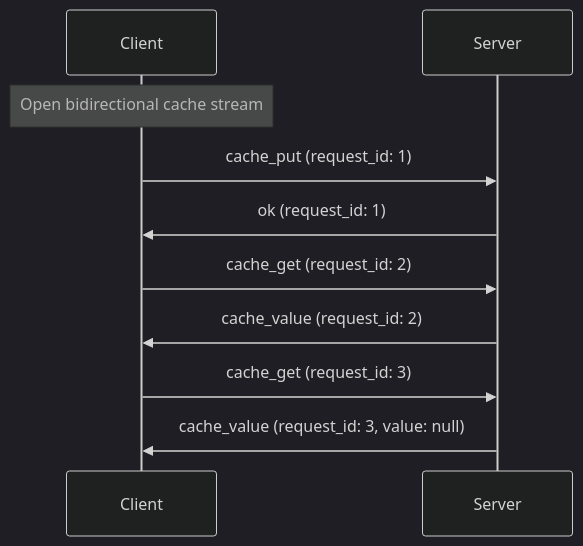
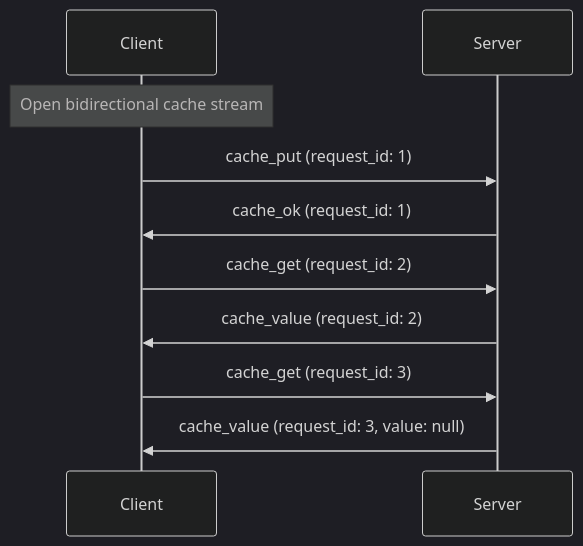
The fourth of 6 diagrams in docs-site/src/content/docs/architecture/wire-protocol.md (GetFelix/felix), drawn with Mermaid (dark theme) before and after one commit. The commit also changed other lines of this file and 3 other files, not shown here.

````diff
--- a/docs-site/src/content/docs/architecture/wire-protocol.md
+++ b/docs-site/src/content/docs/architecture/wire-protocol.md
@@ -831,13 +915,13 @@
 ```mermaid
 sequenceDiagram
     participant C as Client
     participant S as Server
     
     Note over C: Open bidirectional cache stream
     C->>S: cache_put (request_id: 1)
-    S->>C: ok (request_id: 1)
+    S->>C: cache_ok (request_id: 1)
     C->>S: cache_get (request_id: 2)
     S->>C: cache_value (request_id: 2)
     C->>S: cache_get (request_id: 3)
     S->>C: cache_value (request_id: 3, value: null)
 ```
````
